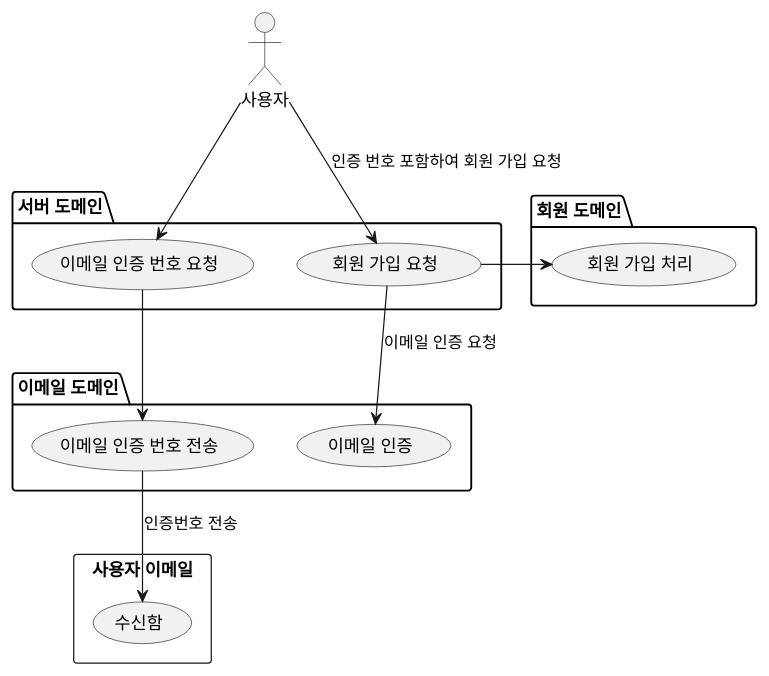
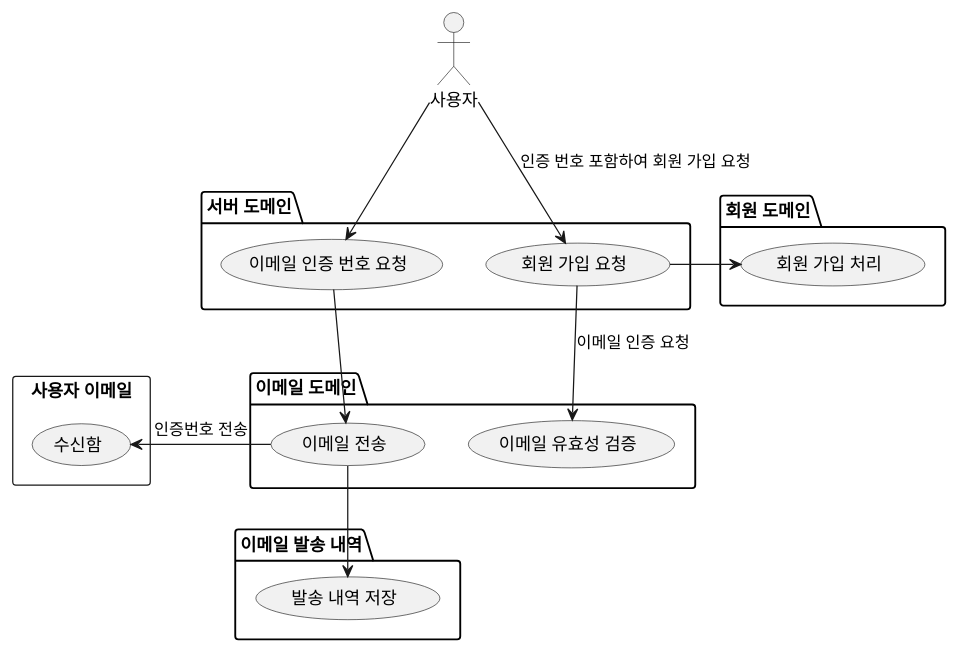
Before and after one commit to dykim-base-project/boot2-hexagonal: the diagram in .uml/signup/UseCase.puml, drawn with PlantUML. The commit also changed 1 other file, not shown here.

```diff
--- a/.uml/signup/UseCase.puml
+++ b/.uml/signup/UseCase.puml
@@ -1,30 +1,35 @@
 @startuml
 
 actor 사용자
 
 package "서버 도메인" {
   (이메일 인증 번호 요청)
   (회원 가입 요청)
 }
 
 package "이메일 도메인" {
-  (이메일 인증 번호 전송)
-  (이메일 인증)
+  (이메일 전송)
+  (이메일 유효성 검증)
+}
+
+package "이메일 발송 내역" {
+    (발송 내역 저장)
 }
 
 rectangle "사용자 이메일" {
   (수신함)
 }
 
 package "회원 도메인" {
   (회원 가입 처리)
 }
 
+(수신함) <- (이메일 전송): 인증번호 전송
 사용자 -> (이메일 인증 번호 요청)
-(이메일 인증 번호 요청) --> (이메일 인증 번호 전송)
-(이메일 인증 번호 전송) --> (수신함): 인증번호 전송
+(이메일 인증 번호 요청) --> (이메일 전송)
+(이메일 전송) --> (발송 내역 저장)
 
 사용자 --> (회원 가입 요청): 인증 번호 포함하여 회원 가입 요청
-(회원 가입 요청) -> (이메일 인증): 이메일 인증 요청
+(회원 가입 요청) -> (이메일 유효성 검증): 이메일 인증 요청
 (회원 가입 요청) -> (회원 가입 처리)
 @enduml
```
